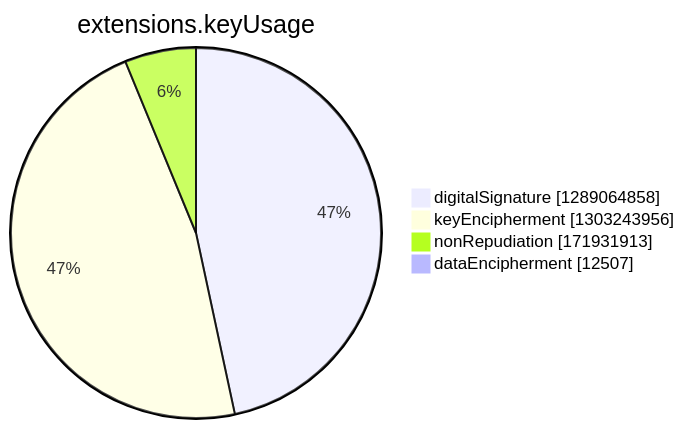
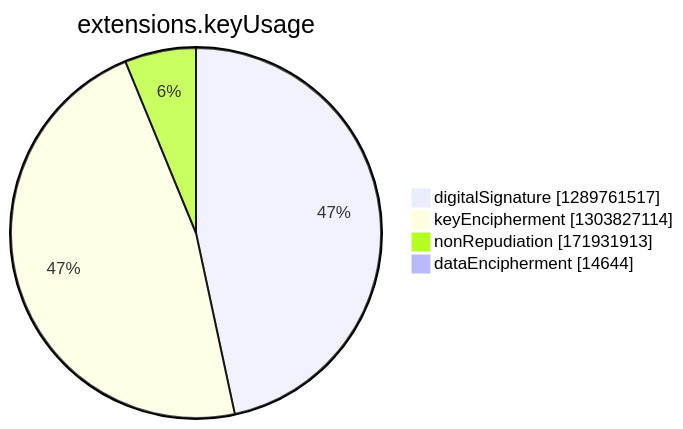
One commit to christiankrug/ctmonitor_visualization changed the seventh of 15 diagrams in argon2022/README.md. Above: the diagram before and after it, drawn with Mermaid. The commit also changed other lines of this file, not shown here.

````diff
--- a/argon2022/README.md
+++ b/argon2022/README.md
@@ -2748,8 +2748,8 @@
 ```mermaid
 pie showData
 title extensions.keyUsage
-"digitalSignature" :1289064858
-"keyEncipherment" :1303243956
+"digitalSignature" :1289761517
+"keyEncipherment" :1303827114
 "nonRepudiation" :171931913
-"dataEncipherment" :12507
+"dataEncipherment" :14644
 ```
````
